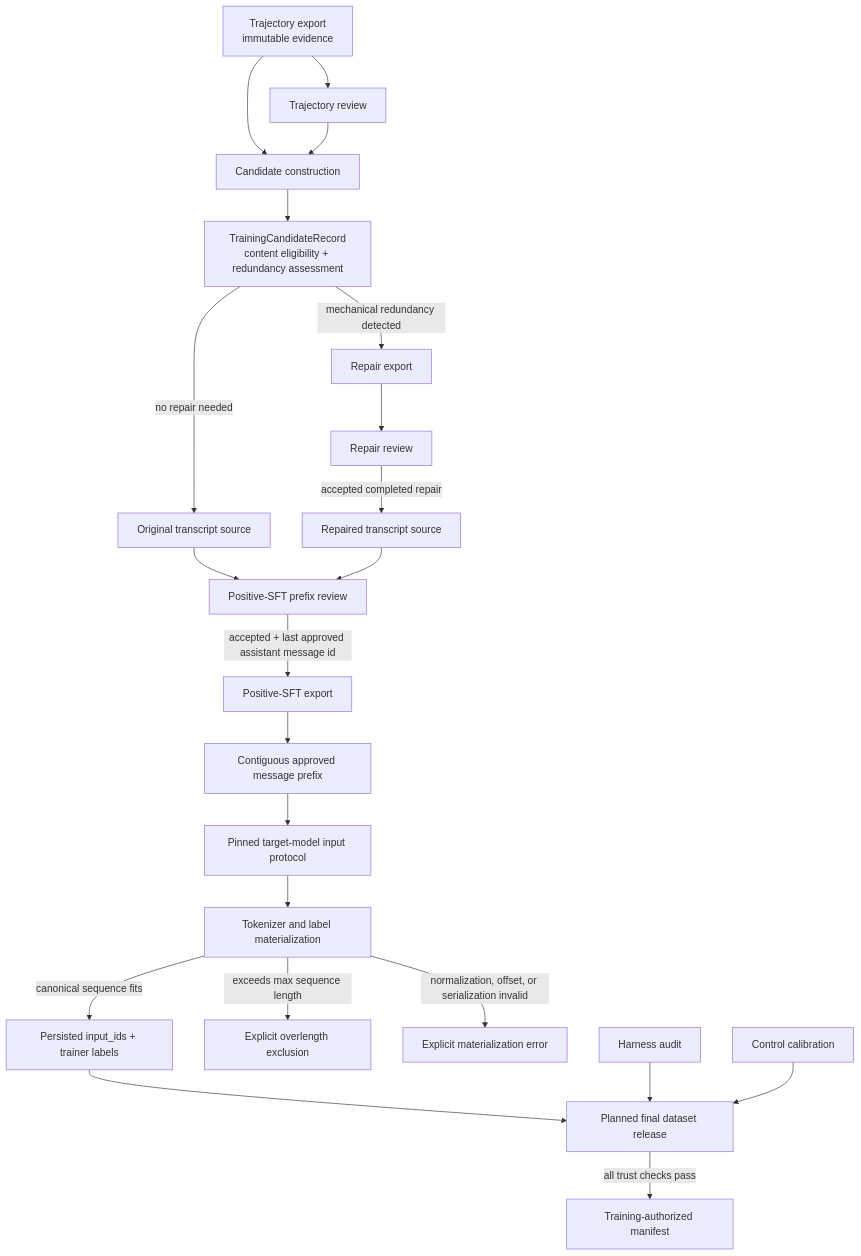
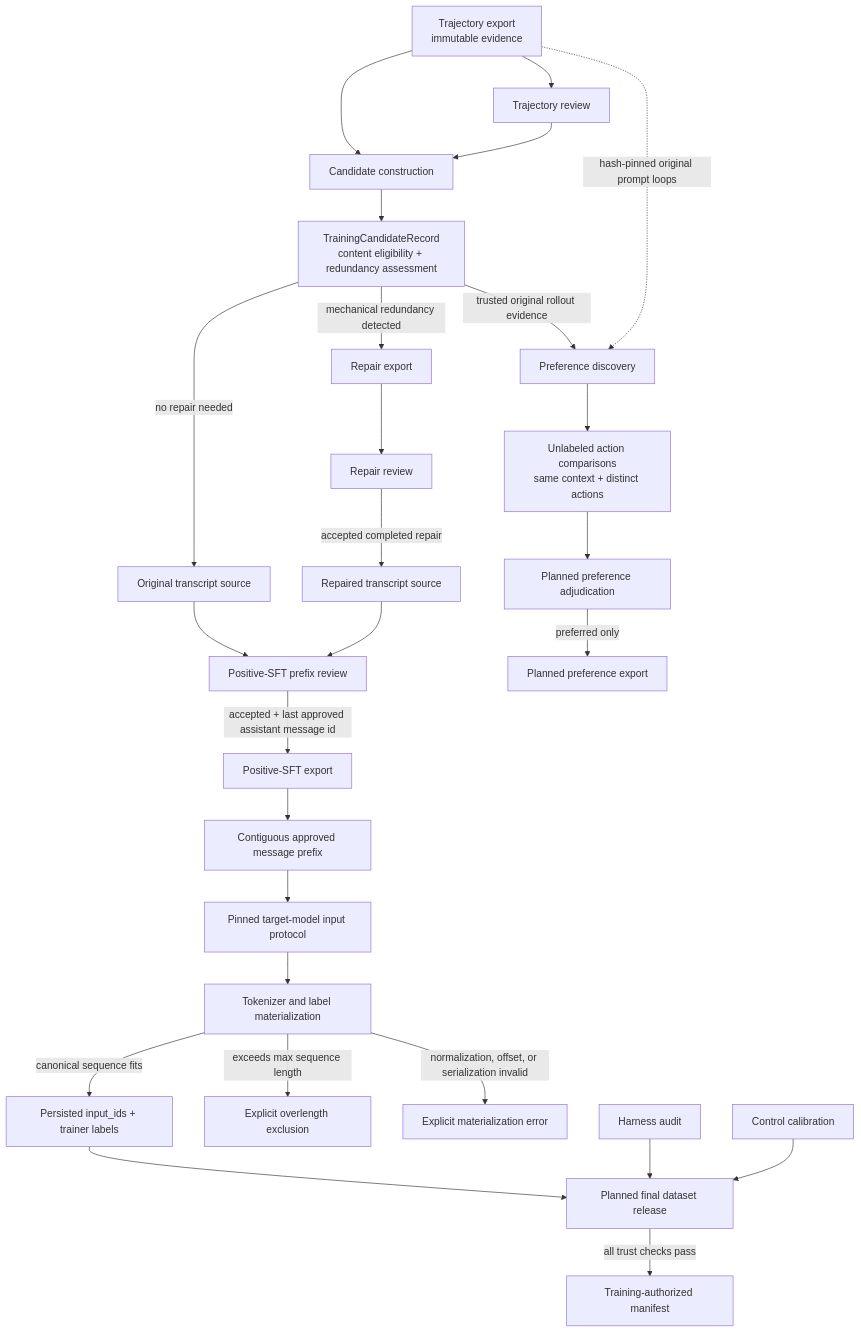
Before and after one commit to kshitijg92/agentenv-posttraining-lab: the diagram in src/agentenv/training/README.md, drawn with Mermaid. The commit also changed other lines of this file and 28 other files, not shown here.

Commit message:
add preference pair discovery and schema

````diff
--- a/src/agentenv/training/README.md
+++ b/src/agentenv/training/README.md
@@ -34,26 +38,33 @@
 ```mermaid
 flowchart TD
     T[Trajectory export<br/>immutable evidence] --> TR[Trajectory review]
     T --> C
     TR --> C[Candidate construction]
 
     C --> TC[TrainingCandidateRecord<br/>content eligibility + redundancy assessment]
     TC -->|no repair needed| O[Original transcript source]
     TC -->|mechanical redundancy detected| RE[Repair export]
     RE --> RR[Repair review]
     RR -->|accepted completed repair| RP[Repaired transcript source]
 
     O --> SR[Positive-SFT prefix review]
     RP --> SR
     SR -->|accepted + last approved assistant message id| SE[Positive-SFT export]
     SE --> P[Contiguous approved message prefix]
     P --> IP[Pinned target-model input protocol]
     IP --> TM[Tokenizer and label materialization]
     TM -->|canonical sequence fits| TS[Persisted input_ids + trainer labels]
     TM -->|exceeds max sequence length| OE[Explicit overlength exclusion]
     TM -->|normalization, offset, or serialization invalid| ME[Explicit materialization error]
+
+    TC -->|trusted original rollout evidence| PD[Preference discovery]
+    T -. hash-pinned original prompt loops .-> PD
+    PD --> PC[Unlabeled action comparisons<br/>same context + distinct actions]
+    PC --> PA[Planned preference adjudication]
+    PA -->|preferred only| PE[Planned preference export]
+
     TS --> DR[Planned final dataset release]
     HA[Harness audit] --> DR
     CC[Control calibration] --> DR
     DR -->|all trust checks pass| AU[Training-authorized manifest]
 ```
````
